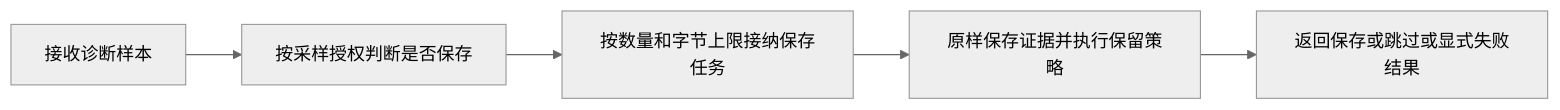
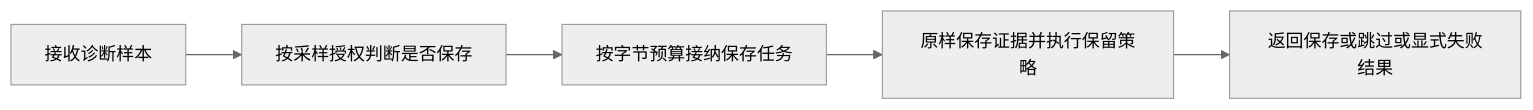
Before and after one commit to Jasonzhangf/routecodex: the first of 2 diagrams in docs/architecture/dags/v3.codex_sample_persistence.md, drawn with Mermaid (neutral theme). The commit also changed other lines of this file and 7 other files, not shown here.

````diff
--- a/docs/architecture/dags/v3.codex_sample_persistence.md
+++ b/docs/architecture/dags/v3.codex_sample_persistence.md
@@ -3,7 +3,7 @@
 ```mermaid
 flowchart LR
   A[接收诊断样本] --> B[按采样授权判断是否保存]
-  B --> C[按数量和字节上限接纳保存任务]
+  B --> C[按字节预算接纳保存任务]
   C --> D[原样保存证据并执行保留策略]
   D --> E[返回保存或跳过或显式失败结果]
 ```
````
